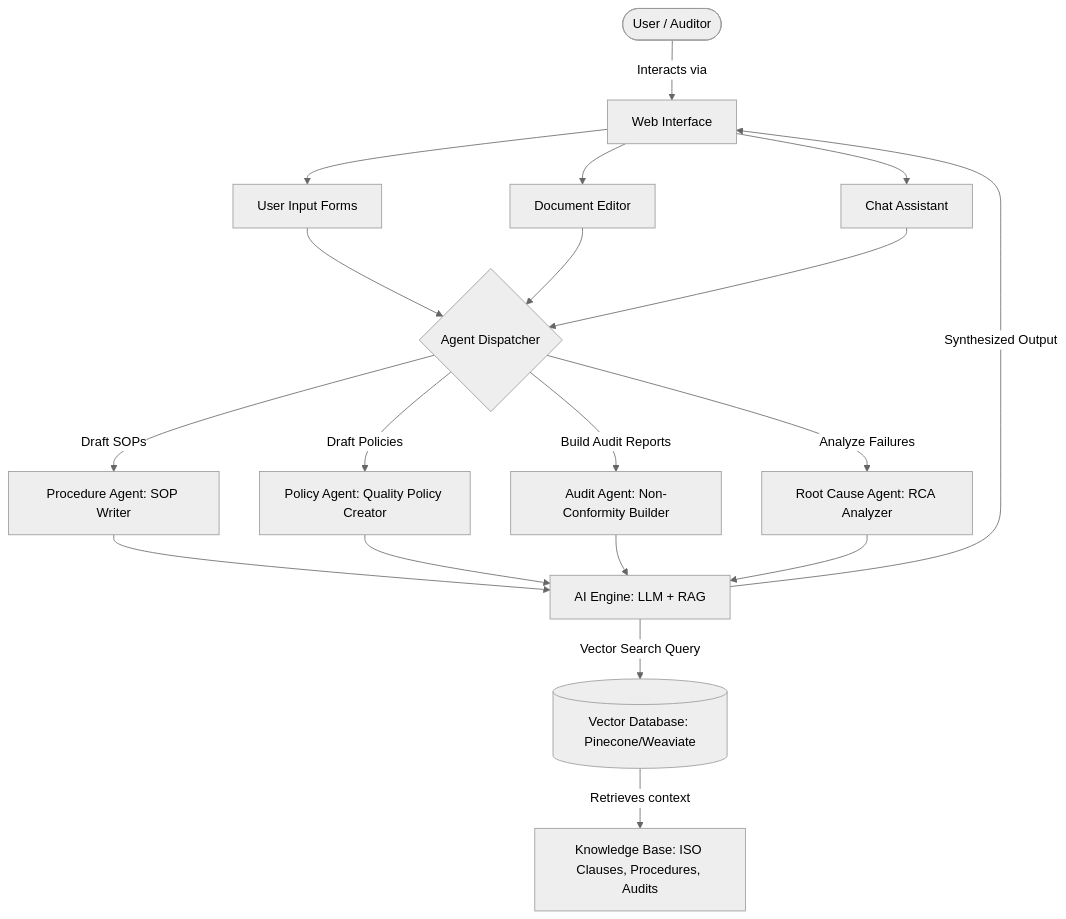
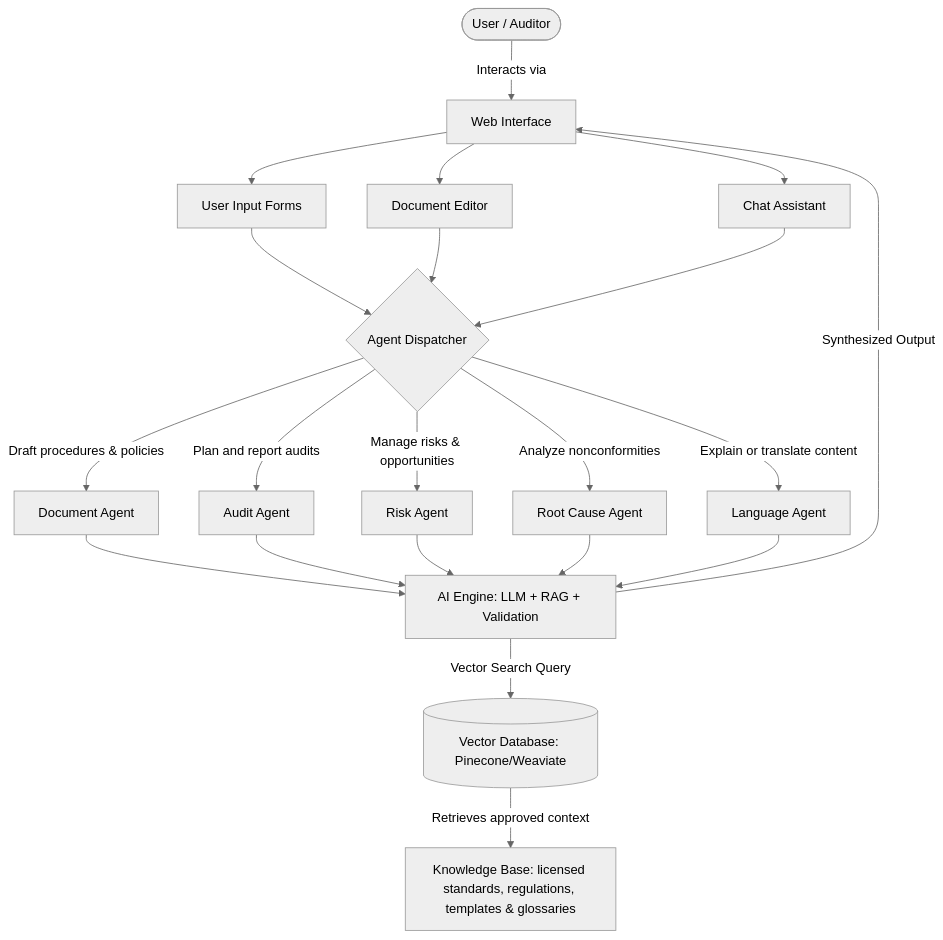
One commit to denhereruzivo/potraz_submission changed the diagram in README.md. Above: the diagram before and after it, drawn with Mermaid (neutral theme). The commit also changed other lines of this file and 9 other files, not shown here.

````diff
--- a/README.md
+++ b/README.md
@@ -26,21 +31,22 @@
 ```mermaid
 graph TD
     User([User / Auditor]) -->|Interacts via| UI[Web Interface]
     UI --> InputForms[User Input Forms]
     UI --> DocEditor[Document Editor]
     UI --> ChatAssistant[Chat Assistant]
 
     InputForms & DocEditor & ChatAssistant --> AgentLayer{Agent Dispatcher}
 
-    AgentLayer -->|Draft SOPs| ProcAgent[Procedure Agent: SOP Writer]
-    AgentLayer -->|Draft Policies| PolicyAgent[Policy Agent: Quality Policy Creator]
-    AgentLayer -->|Build Audit Reports| AuditAgent[Audit Agent: Non-Conformity Builder]
-    AgentLayer -->|Analyze Failures| RCAAgent[Root Cause Agent: RCA Analyzer]
+    AgentLayer -->|Draft procedures & policies| DocumentAgent[Document Agent]
+    AgentLayer -->|Plan and report audits| AuditAgent[Audit Agent]
+    AgentLayer -->|Manage risks & opportunities| RiskAgent[Risk Agent]
+    AgentLayer -->|Analyze nonconformities| RCAAgent[Root Cause Agent]
+    AgentLayer -->|Explain or translate content| LanguageAgent[Language Agent]
 
-    ProcAgent & PolicyAgent & AuditAgent & RCAAgent --> AIEngine[AI Engine: LLM + RAG]
+    DocumentAgent & AuditAgent & RiskAgent & RCAAgent & LanguageAgent --> AIEngine[AI Engine: LLM + RAG + Validation]
     
     AIEngine -->|Vector Search Query| VectorDB[(Vector Database: Pinecone/Weaviate)]
-    VectorDB -->|Retrieves context| KnowledgeBase[Knowledge Base: ISO Clauses, Procedures, Audits]
+    VectorDB -->|Retrieves approved context| KnowledgeBase[Knowledge Base: licensed standards, regulations, templates & glossaries]
     
     AIEngine -->|Synthesized Output| UI
 ```
````
